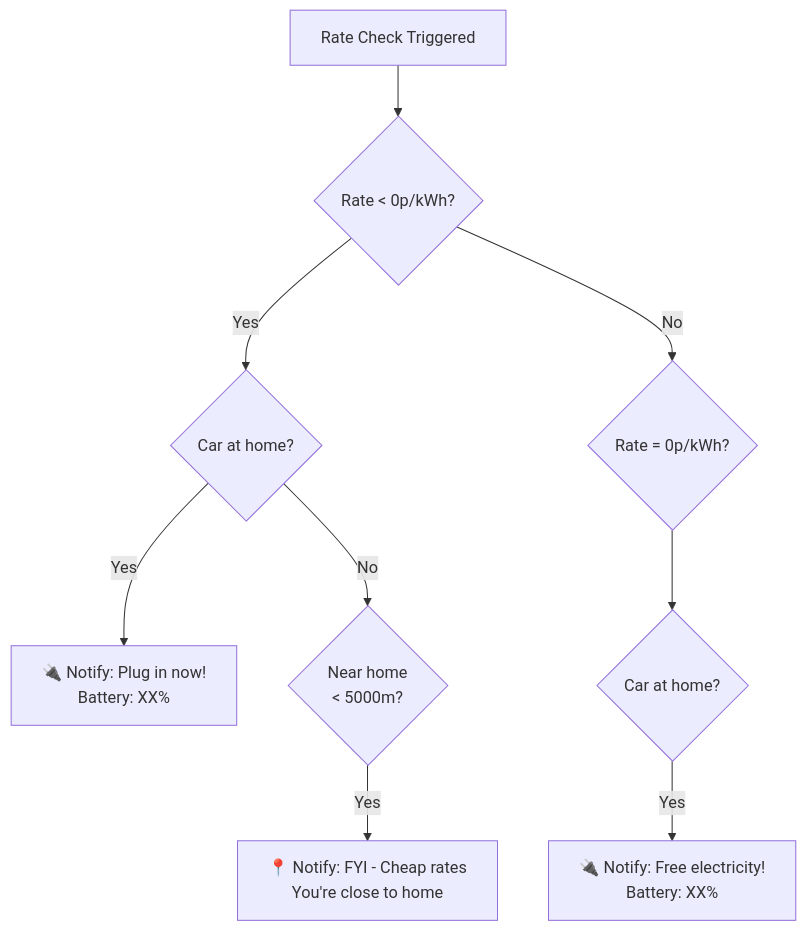
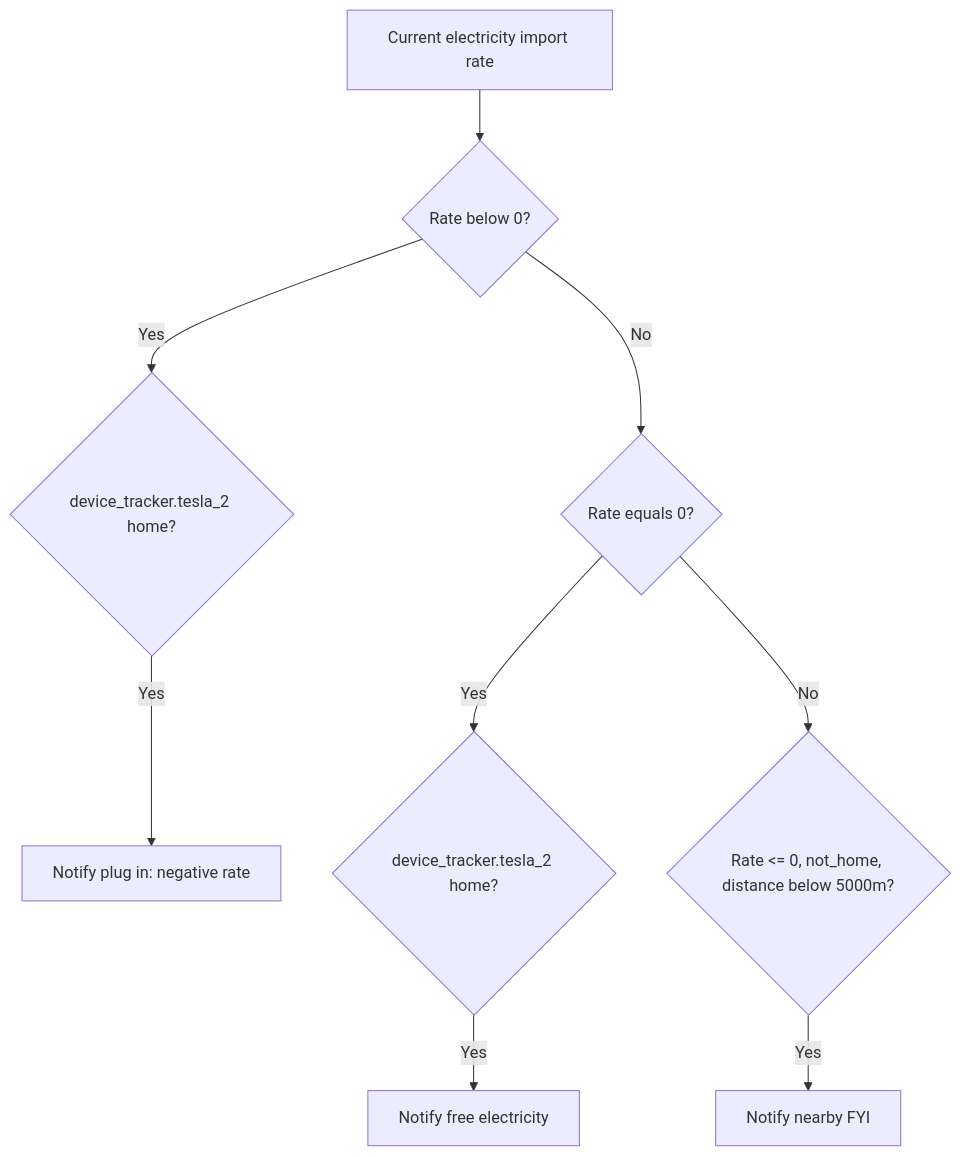
The second of 3 diagrams in packages/integrations/transport/README.md (dannytsang/homeassistant-config), drawn with Mermaid before and after one commit. The commit also changed other lines of this file and 60 other files, not shown here.

````diff
--- a/packages/integrations/transport/README.md
+++ b/packages/integrations/transport/README.md
@@ -182,11 +67,11 @@
 ```mermaid
 flowchart TD
-    A["Rate Check Triggered"] --> B{"Rate < 0p/kWh?"}
-    B -->|Yes| C{"Car at home?"}
-    B -->|No| D{"Rate = 0p/kWh?"}
-    C -->|Yes| E["🔌 Notify: Plug in now!<br/>Battery: XX%"]
-    C -->|No| F{"Near home<br/>< 5000m?"}
-    D --> G{"Car at home?"}
-    G -->|Yes| H["🔌 Notify: Free electricity!<br/>Battery: XX%"]
-    F -->|Yes| I["📍 Notify: FYI - Cheap rates<br/>You're close to home"]
+    Rate[Current electricity import rate] --> Negative{Rate below 0?}
+    Negative -->|Yes| Home{device_tracker.tesla_2 home?}
+    Home -->|Yes| NegativeNotify[Notify plug in: negative rate]
+    Negative -->|No| Zero{Rate equals 0?}
+    Zero -->|Yes| HomeZero{device_tracker.tesla_2 home?}
+    HomeZero -->|Yes| FreeNotify[Notify free electricity]
+    Zero -->|No| Nearby{Rate <= 0, not_home, distance below 5000m?}
+    Nearby -->|Yes| FYI[Notify nearby FYI]
 ```
````
